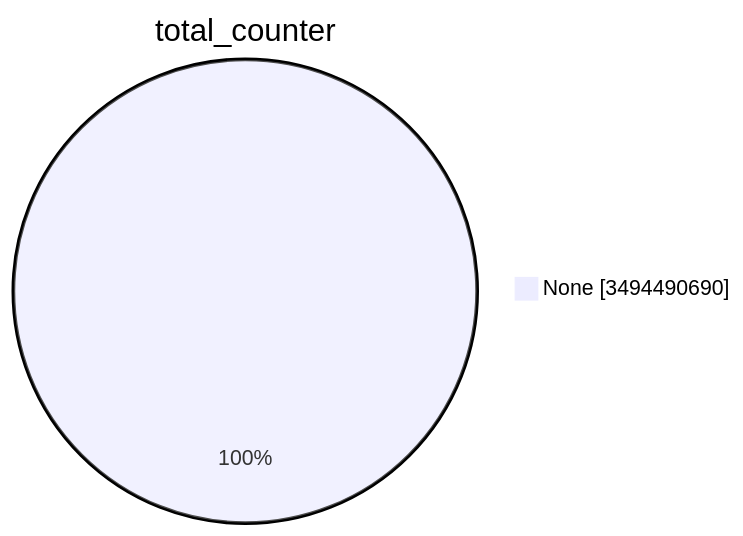
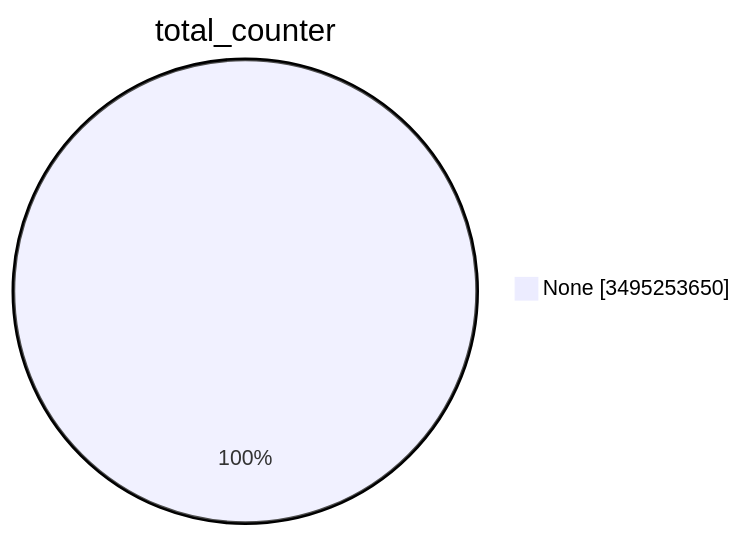
One commit to christiankrug/ctmonitor_visualization changed the first of 15 diagrams in TOTAL/README.md. Above: the diagram before and after it, drawn with Mermaid. The commit also changed other lines of this file, not shown here.

````diff
--- a/TOTAL/README.md
+++ b/TOTAL/README.md
@@ -1,5 +1,5 @@
 ```mermaid
 pie showData
 title total_counter
-"None" :3494490690
+"None" :3495253650
 ```
````
